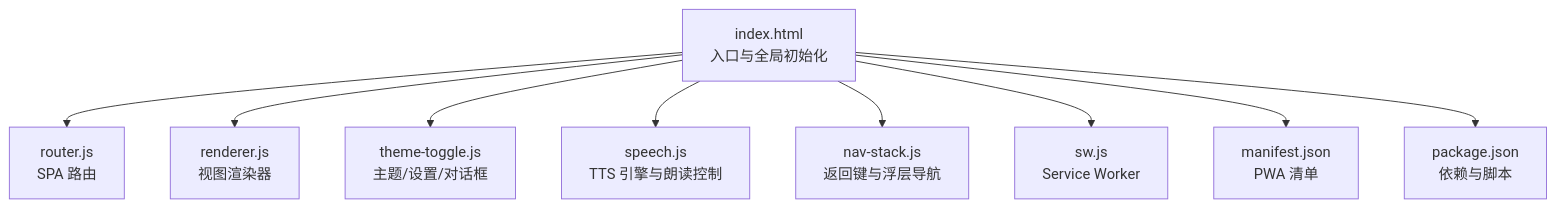
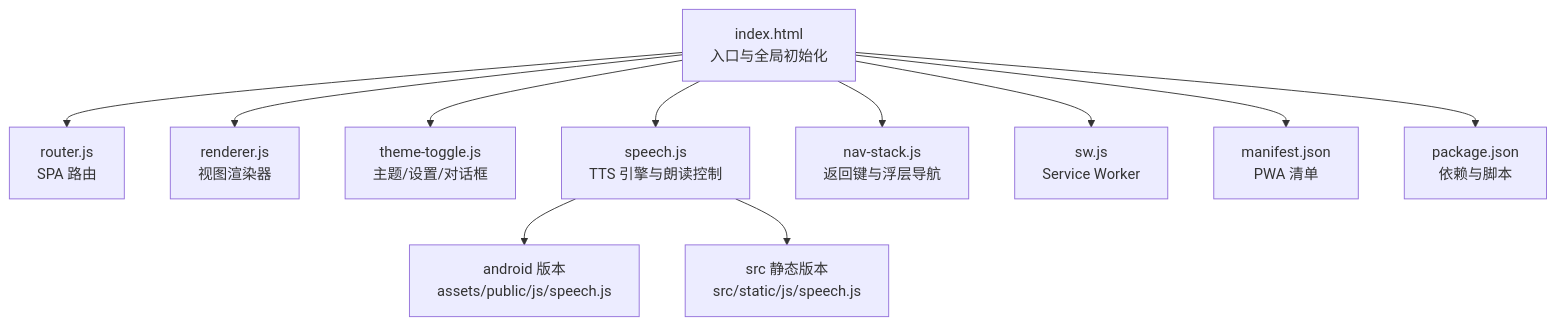
Before and after one commit to zhao-zg/cx: the first of 9 diagrams in .qoder/repowiki/zh/content/高级功能/前端功能.md, drawn with Mermaid. The commit also changed other lines of this file and 34 other files, not shown here.

````diff
--- a/.qoder/repowiki/zh/content/高级功能/前端功能.md
+++ b/.qoder/repowiki/zh/content/高级功能/前端功能.md
@@ -40,11 +48,13 @@
 ```mermaid
 graph TB
 A["index.html<br/>入口与全局初始化"] --> B["router.js<br/>SPA 路由"]
 A --> C["renderer.js<br/>视图渲染器"]
 A --> D["theme-toggle.js<br/>主题/设置/对话框"]
 A --> E["speech.js<br/>TTS 引擎与朗读控制"]
 A --> F["nav-stack.js<br/>返回键与浮层导航"]
 A --> G["sw.js<br/>Service Worker"]
 A --> H["manifest.json<br/>PWA 清单"]
 A --> I["package.json<br/>依赖与脚本"]
+E --> J["android 版本<br/>assets/public/js/speech.js"]
+E --> K["src 静态版本<br/>src/static/js/speech.js"]
 ```
````
